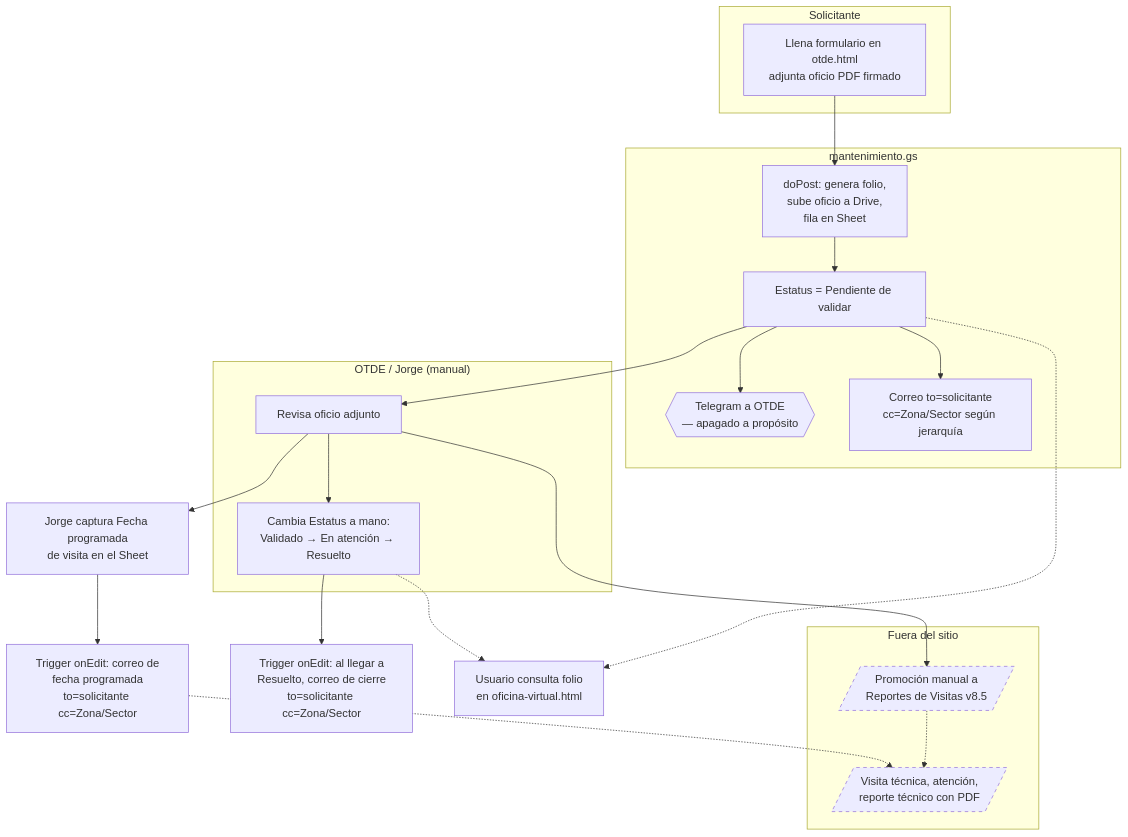
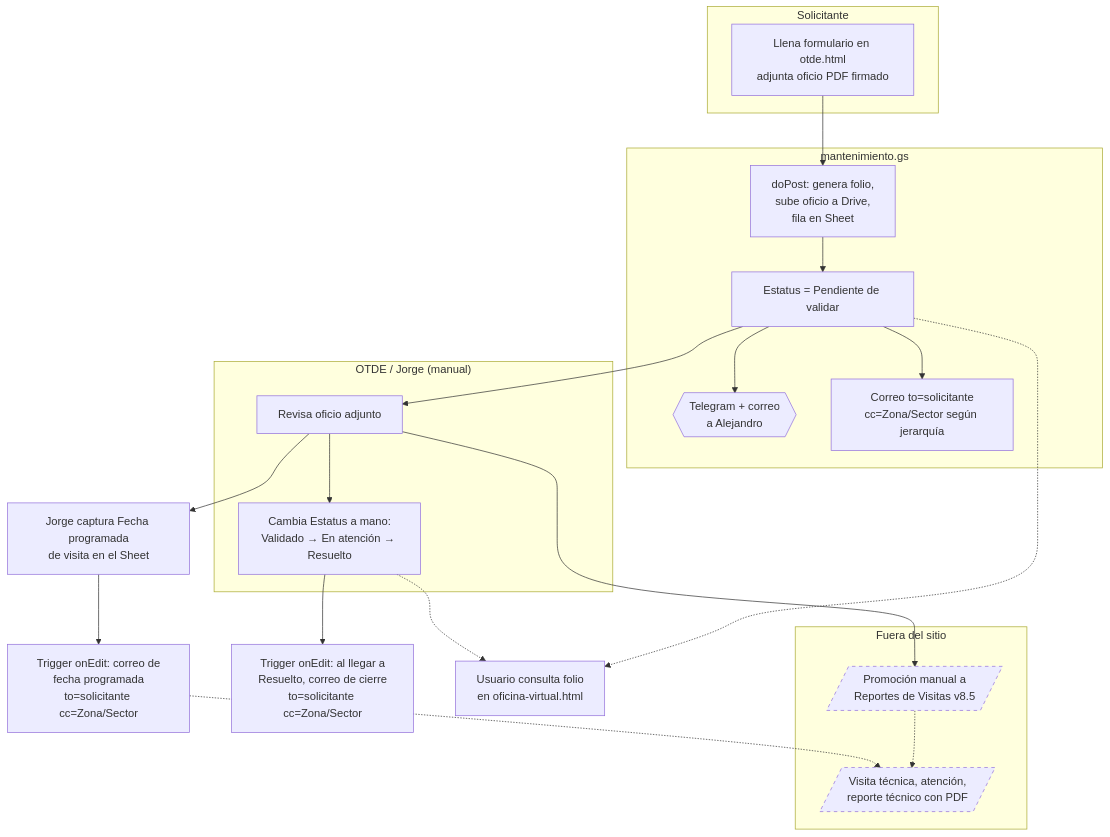
The first of 5 diagrams in docs/ARCHITECTURE.md (educaneza/seprn-sitio), drawn with Mermaid before and after one commit. The commit also changed other lines of this file and 3 other files, not shown here.

````diff
--- a/docs/ARCHITECTURE.md
+++ b/docs/ARCHITECTURE.md
@@ -1275,35 +1276,35 @@
 ```mermaid
 flowchart TD
     subgraph Solicitante
         A[Llena formulario en otde.html<br/>adjunta oficio PDF firmado]
     end
     subgraph Backend["mantenimiento.gs"]
         B[doPost: genera folio,<br/>sube oficio a Drive,<br/>fila en Sheet]
         C[Estatus = Pendiente de validar]
-        D{{Telegram a OTDE<br/>— apagado a propósito}}
+        D{{Telegram + correo<br/>a Alejandro}}
         E[Correo to=solicitante<br/>cc=Zona/Sector según jerarquía]
     end
     subgraph OTDE["OTDE / Jorge (manual)"]
         F[Revisa oficio adjunto]
         G[Cambia Estatus a mano:<br/>Validado → En atención → Resuelto]
     end
     subgraph Externo["Fuera del sitio"]
         H[/Promoción manual a<br/>Reportes de Visitas v8.5/]
         I[/Visita técnica, atención,<br/>reporte técnico con PDF/]
     end
     J[Trigger onEdit: al llegar a<br/>Resuelto, correo de cierre<br/>to=solicitante cc=Zona/Sector]
     K[Usuario consulta folio<br/>en oficina-virtual.html]
     L["Jorge captura Fecha programada<br/>de visita en el Sheet"]
     M[Trigger onEdit: correo de<br/>fecha programada<br/>to=solicitante cc=Zona/Sector]
 
     A --> B --> C --> D
     C --> E
     C --> F --> H -.-> I
     F --> G --> J
     F --> L --> M -.-> I
     C -.-> K
     G -.-> K
 
     classDef externo stroke-dasharray: 5 5
     class H,I externo
 ```
````
